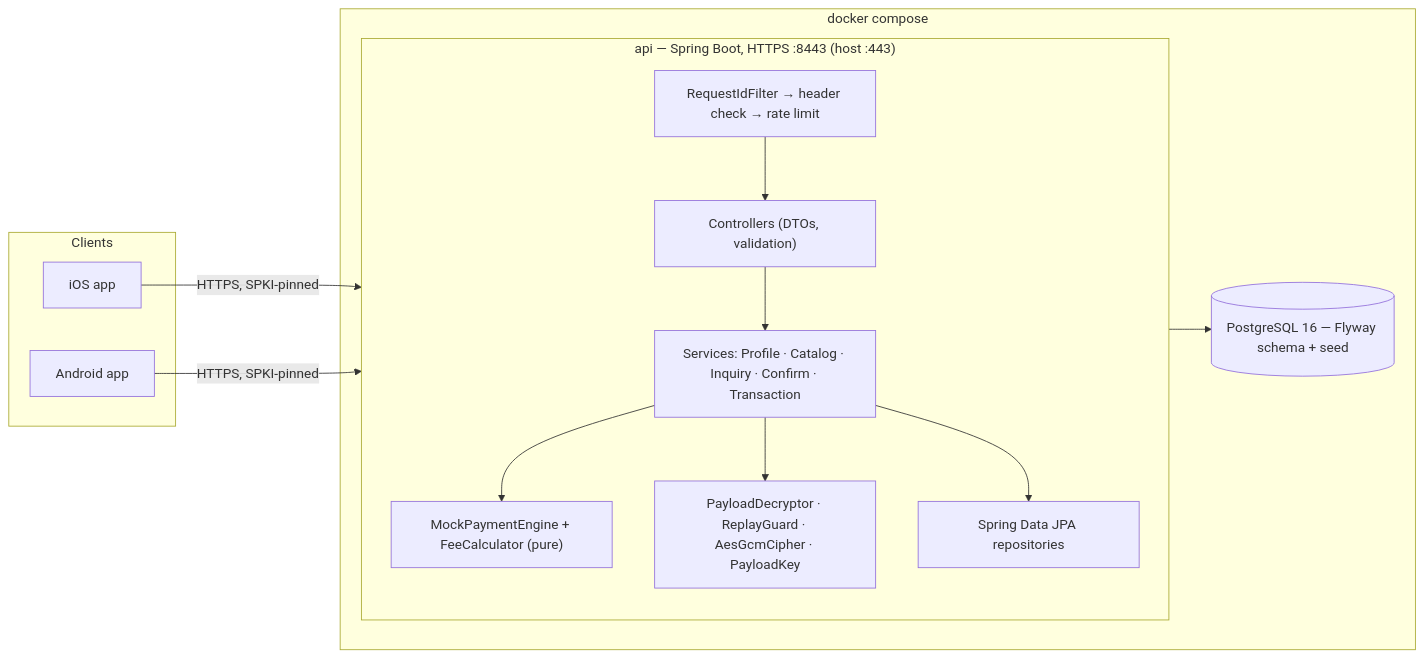
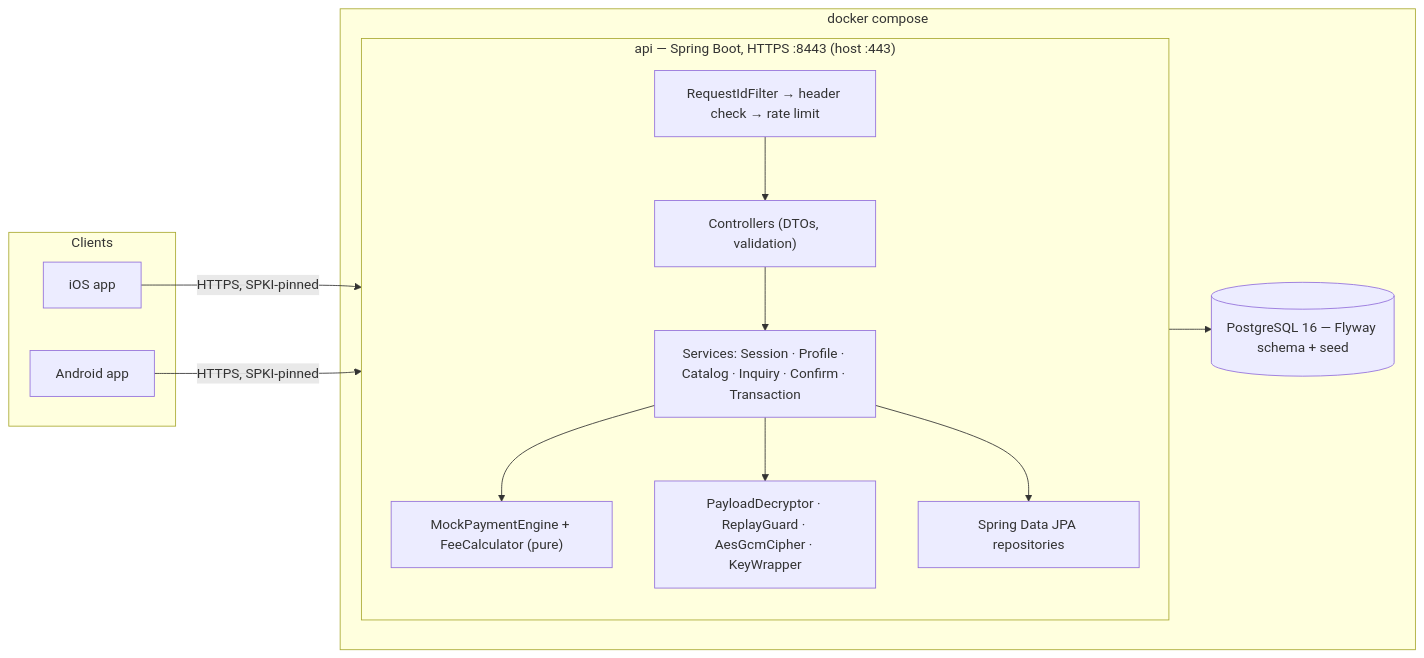
The second of 2 diagrams in README.md (M-o-m-e-n/Momkn-pay-backend), drawn with Mermaid before and after one commit. The commit also changed other lines of this file and 4 other files, not shown here.

````diff
--- a/README.md
+++ b/README.md
@@ -172,26 +169,26 @@
 ```mermaid
 flowchart LR
     subgraph Clients
         IOS[iOS app]
         AND[Android app]
     end
     subgraph Compose["docker compose"]
         subgraph API["api — Spring Boot, HTTPS :8443 (host :443)"]
             direction TB
             F["RequestIdFilter → header check → rate limit"]
             C["Controllers (DTOs, validation)"]
-            S["Services: Profile · Catalog · Inquiry · Confirm · Transaction"]
+            S["Services: Session · Profile · Catalog · Inquiry · Confirm · Transaction"]
             E["MockPaymentEngine + FeeCalculator (pure)"]
-            X["PayloadDecryptor · ReplayGuard · AesGcmCipher · PayloadKey"]
+            X["PayloadDecryptor · ReplayGuard · AesGcmCipher · KeyWrapper"]
             R["Spring Data JPA repositories"]
             F --> C --> S
             S --> E
             S --> X
             S --> R
         end
         DB[("PostgreSQL 16 — Flyway schema + seed")]
     end
     IOS -- "HTTPS, SPKI-pinned" --> F
     AND -- "HTTPS, SPKI-pinned" --> F
     R --> DB
 ```
````
